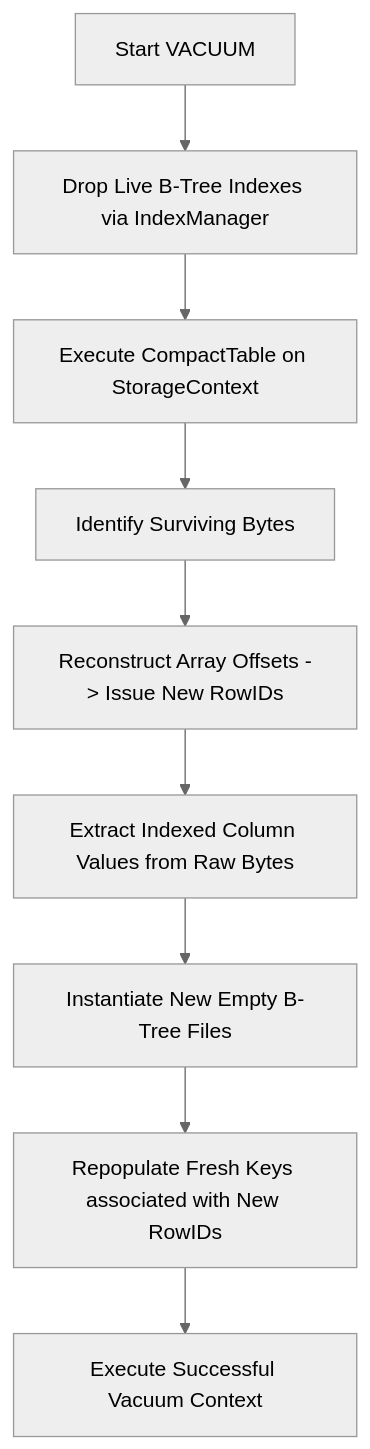
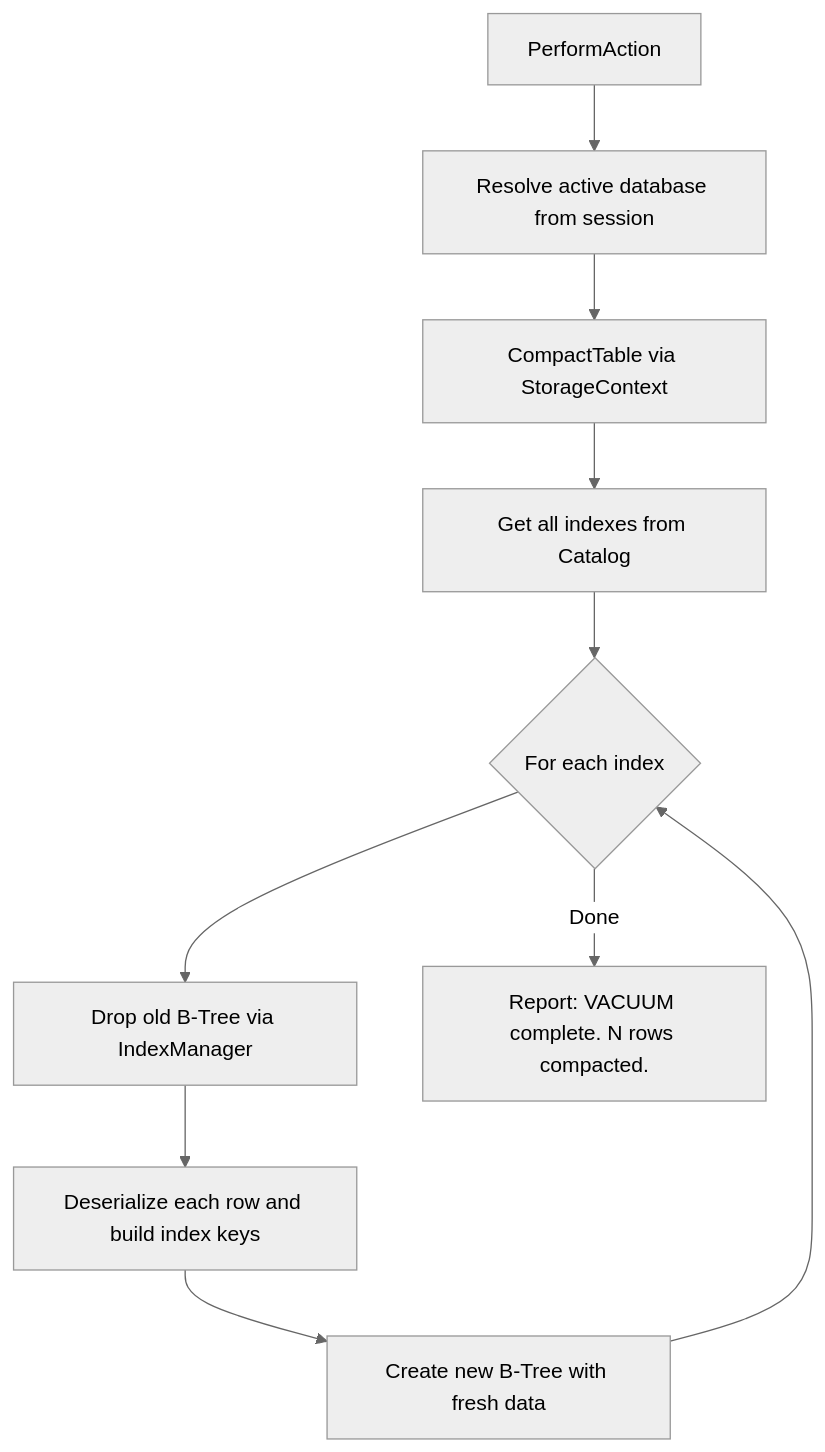
The diagram in docs/DataVo.Core/Parser/DML/Vacuum.md (ArintonAkos/DataVo-DBMS), drawn with Mermaid (neutral theme) before and after one commit. The commit also changed other lines of this file and 15 other files, not shown here.

````diff
--- a/docs/DataVo.Core/Parser/DML/Vacuum.md
+++ b/docs/DataVo.Core/Parser/DML/Vacuum.md
@@ -16,14 +27,12 @@
 ```mermaid
-graph TD
-    A[Start VACUUM] --> B[Drop Live B-Tree Indexes via IndexManager]
-    B --> C[Execute CompactTable on StorageContext]
-    
-    C --> D[Identify Surviving Bytes]
-    D --> E[Reconstruct Array Offsets -> Issue New RowIDs]
-    
-    E --> F[Extract Indexed Column Values from Raw Bytes]
-    F --> G[Instantiate New Empty B-Tree Files]
-    
-    G --> H[Repopulate Fresh Keys associated with New RowIDs]
-    H --> I[Execute Successful Vacuum Context]
+flowchart TD
+    Start[PerformAction] --> DB[Resolve active database from session]
+    DB --> Compact[CompactTable via StorageContext]
+    Compact --> GetIdx[Get all indexes from Catalog]
+    GetIdx --> Loop{For each index}
+    Loop --> DropOld[Drop old B-Tree via IndexManager]
+    DropOld --> Build[Deserialize each row and build index keys]
+    Build --> CreateNew[Create new B-Tree with fresh data]
+    CreateNew --> Loop
+    Loop -- Done --> Msg[Report: VACUUM complete. N rows compacted.]
 ```
````
